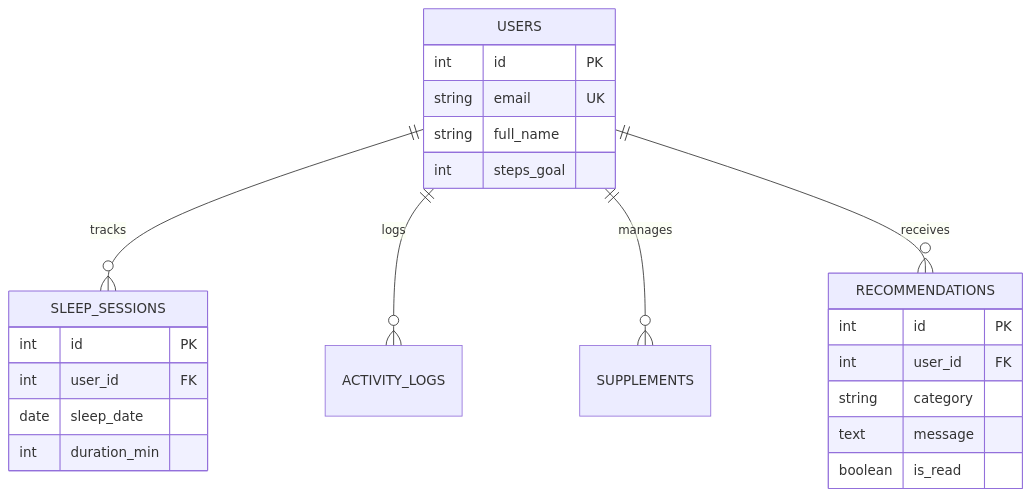
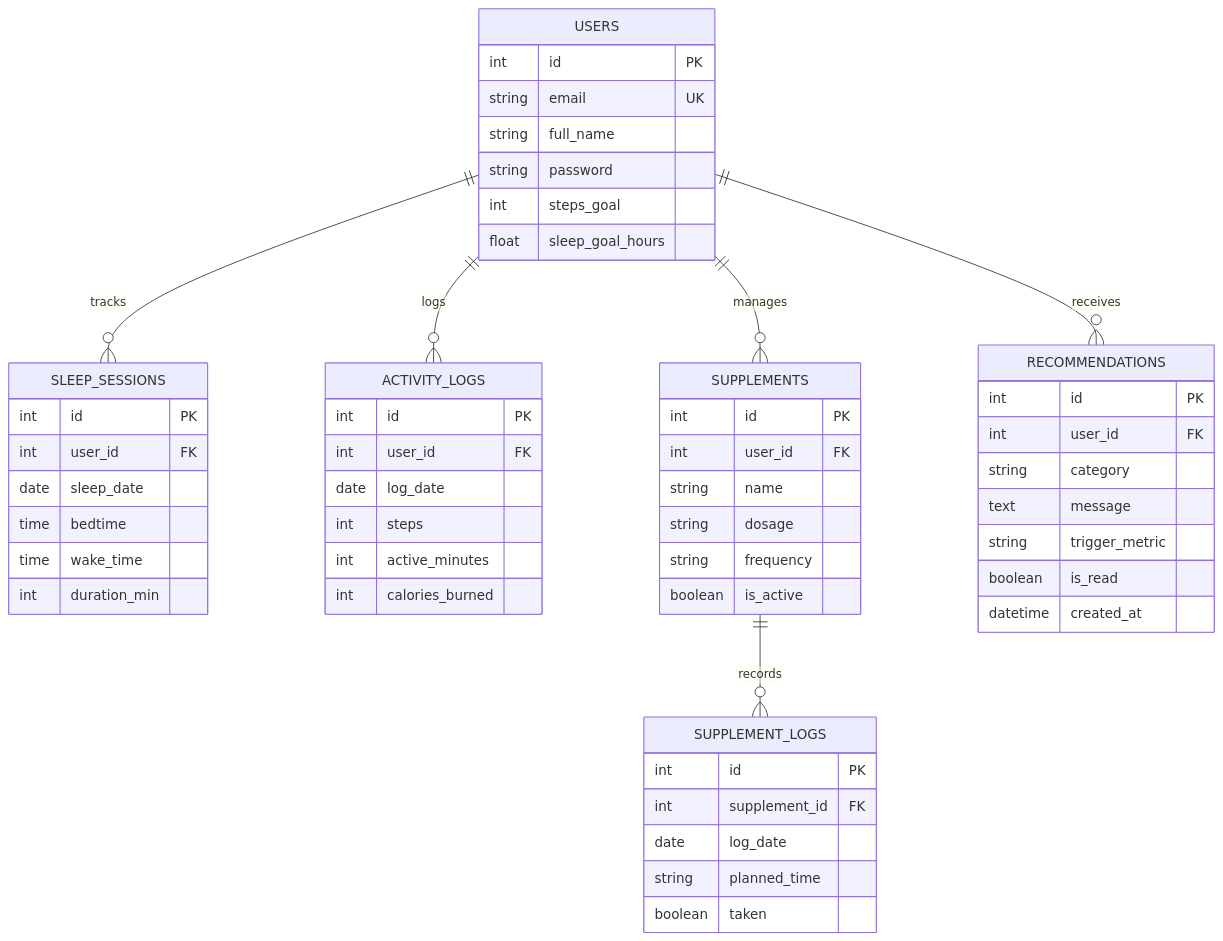
One commit to Aauia/healthMonitor changed the fourth of 4 diagrams in ProjectReport.md. Above: the diagram before and after it, drawn with Mermaid. The commit also changed other lines of this file, not shown here.

Commit message:
fixed report

````diff
--- a/ProjectReport.md
+++ b/ProjectReport.md
@@ -139,27 +142,57 @@
 ```mermaid
 erDiagram
     USERS ||--o{ SLEEP_SESSIONS : tracks
     USERS ||--o{ ACTIVITY_LOGS : logs
     USERS ||--o{ SUPPLEMENTS : manages
     USERS ||--o{ RECOMMENDATIONS : receives
+    SUPPLEMENTS ||--o{ SUPPLEMENT_LOGS : records
     
     USERS {
         int id PK
         string email UK
         string full_name
+        string password
         int steps_goal
+        float sleep_goal_hours
     }
     SLEEP_SESSIONS {
         int id PK
         int user_id FK
         date sleep_date
+        time bedtime
+        time wake_time
         int duration_min
+    }
+    ACTIVITY_LOGS {
+        int id PK
+        int user_id FK
+        date log_date
+        int steps
+        int active_minutes
+        int calories_burned
+    }
+    SUPPLEMENTS {
+        int id PK
+        int user_id FK
+        string name
+        string dosage
+        string frequency
+        boolean is_active
+    }
+    SUPPLEMENT_LOGS {
+        int id PK
+        int supplement_id FK
+        date log_date
+        string planned_time
+        boolean taken
     }
     RECOMMENDATIONS {
         int id PK
         int user_id FK
         string category
         text message
+        string trigger_metric
         boolean is_read
+        datetime created_at
     }
 ```
````
